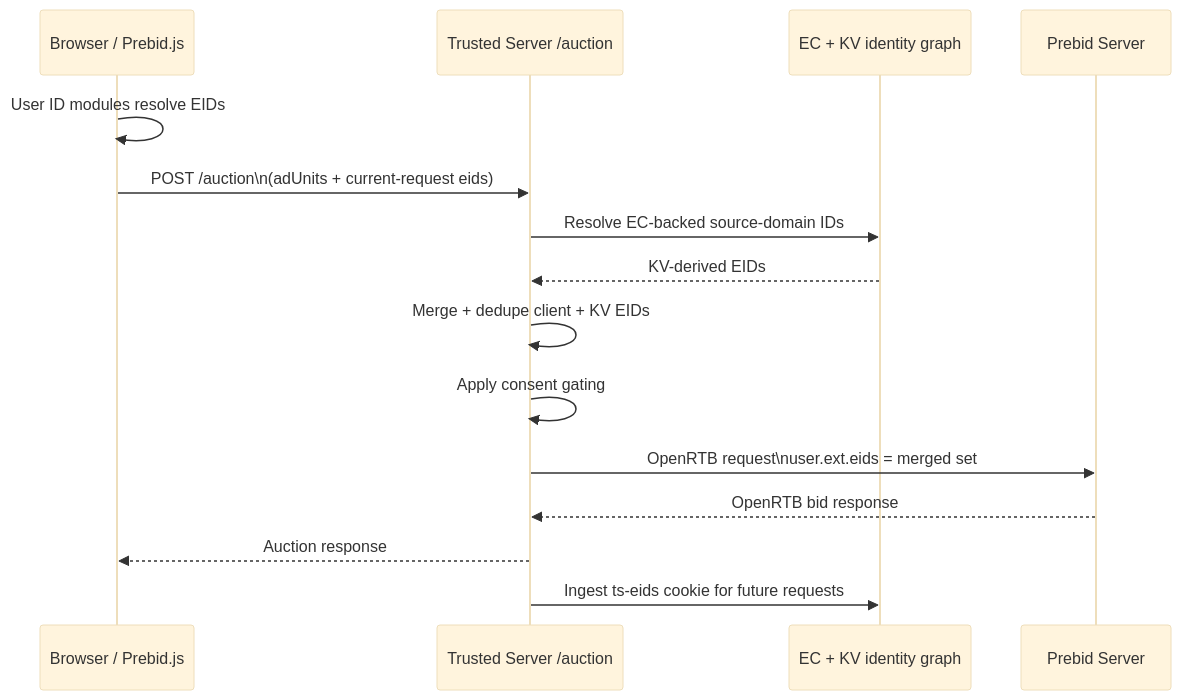
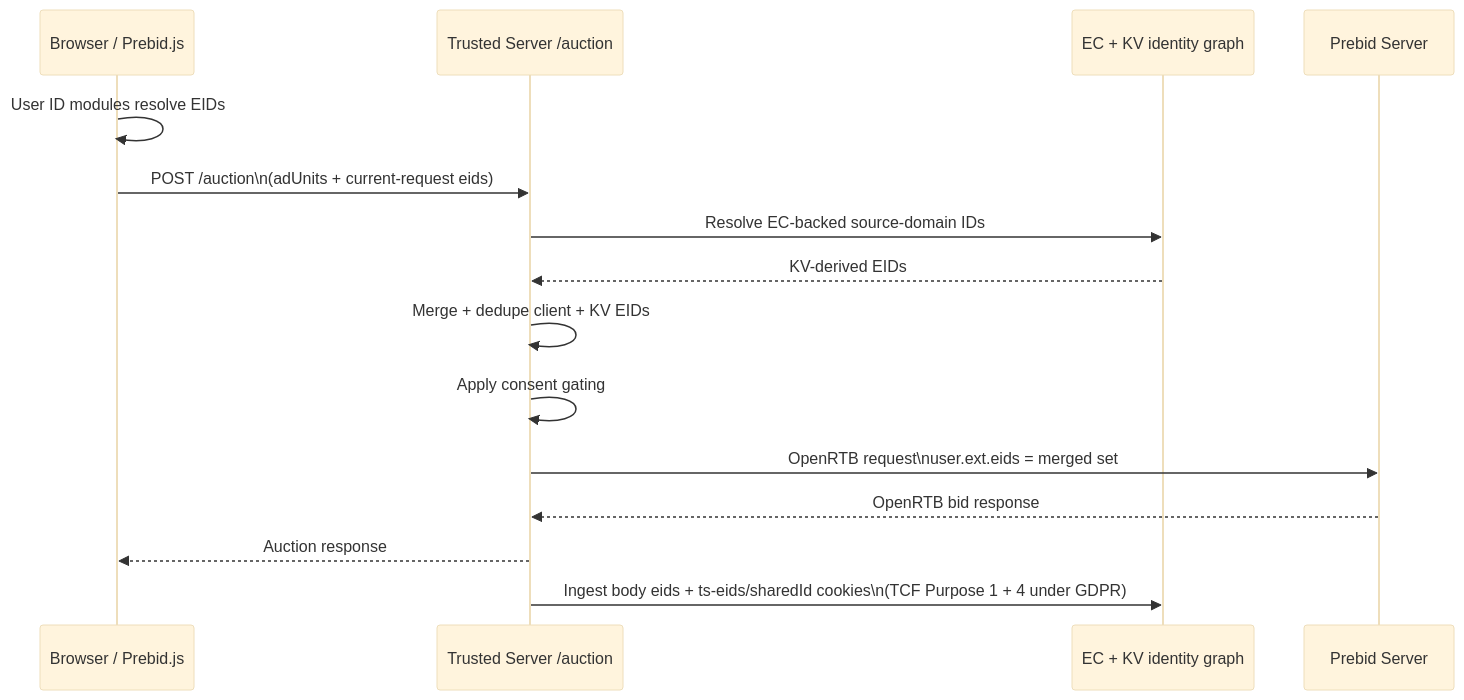
The diagram in docs/guide/integrations/prebid.md (IABTechLab/trusted-server), drawn with Mermaid (base theme) before and after one commit. The commit also changed other lines of this file and 2 other files, not shown here.

First line of the commit message:
Document /auction body EID ingestion and Purpose 4 gating

````diff
--- a/docs/guide/integrations/prebid.md
+++ b/docs/guide/integrations/prebid.md
@@ -523,18 +525,18 @@
 ```mermaid
 sequenceDiagram
     participant B as Browser / Prebid.js
     participant T as Trusted Server /auction
     participant K as EC + KV identity graph
     participant P as Prebid Server
 
     B->>B: User ID modules resolve EIDs
     B->>T: POST /auction\n(adUnits + current-request eids)
     T->>K: Resolve EC-backed source-domain IDs
     K-->>T: KV-derived EIDs
     T->>T: Merge + dedupe client + KV EIDs
     T->>T: Apply consent gating
     T->>P: OpenRTB request\nuser.ext.eids = merged set
     P-->>T: OpenRTB bid response
     T-->>B: Auction response
-    T->>K: Ingest ts-eids cookie for future requests
+    T->>K: Ingest body eids + ts-eids/sharedId cookies\n(TCF Purpose 1 + 4 under GDPR)
 ```
````
